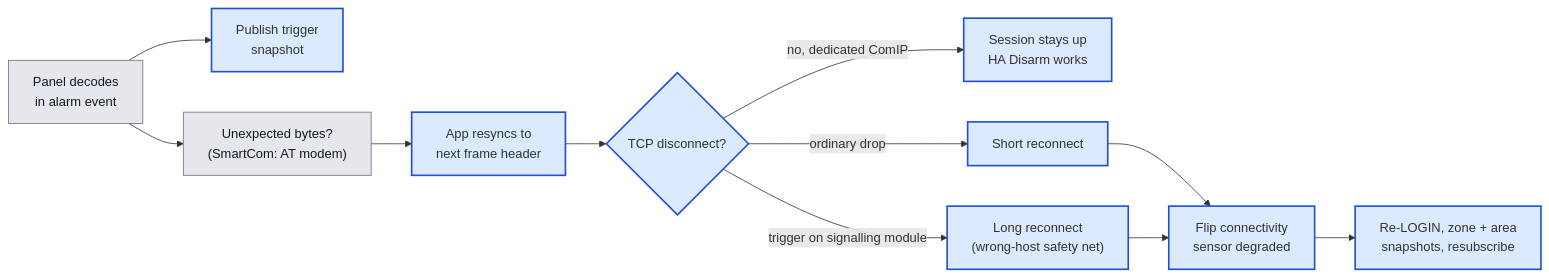
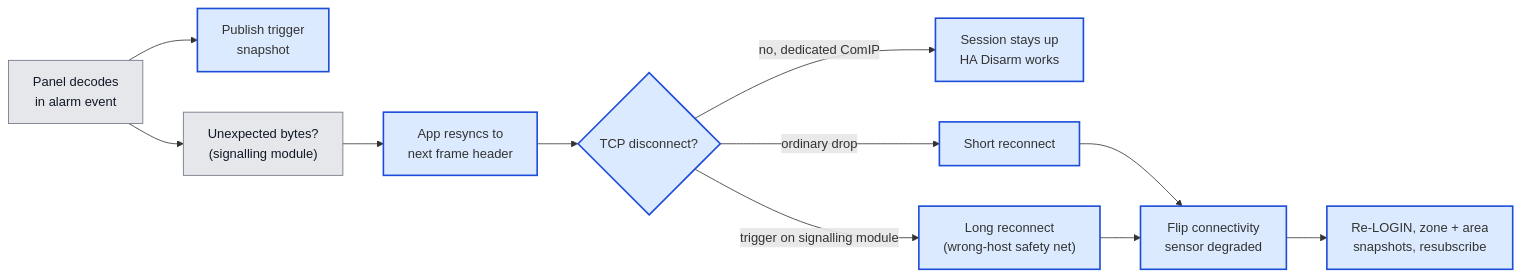
One commit to michaelmarconi/texecom_alarm changed the sixth of 7 diagrams in docs/architecture.md. Above: the diagram before and after it, drawn with Mermaid. The commit also changed other lines of this file, not shown here.

First line of the commit message:
docs(architecture): fold ADR-013 and ADR-014 into the blueprint

````diff
--- a/docs/architecture.md
+++ b/docs/architecture.md
@@ -427,24 +439,24 @@
 ```mermaid
 flowchart LR
     Trigger["Panel decodes<br/>in alarm event"]:::external
     Snap["Publish trigger<br/>snapshot"]:::owned
-    Junk["Unexpected bytes?<br/>(SmartCom: AT modem)"]:::external
+    Junk["Unexpected bytes?<br/>(signalling module)"]:::external
     Resync["App resyncs to<br/>next frame header"]:::owned
     Drop{"TCP disconnect?"}:::owned
     Stay["Session stays up<br/>HA Disarm works"]:::owned
     Short["Short reconnect"]:::owned
     Long["Long reconnect<br/>(wrong-host safety net)"]:::owned
     Degrade["Flip connectivity<br/>sensor degraded"]:::owned
     Resume["Re-LOGIN, zone + area<br/>snapshots, resubscribe"]:::owned
 
     Trigger --> Snap
     Trigger --> Junk
     Junk --> Resync
     Resync --> Drop
     Drop -->|no, dedicated ComIP| Stay
     Drop -->|ordinary drop| Short --> Degrade --> Resume
     Drop -->|trigger on signalling module| Long --> Degrade
 
     classDef owned fill:#dbeafe,stroke:#1d4ed8,stroke-width:2px
     classDef external fill:#e5e7eb,stroke:#6b7280,color:#111827
 ```
````
